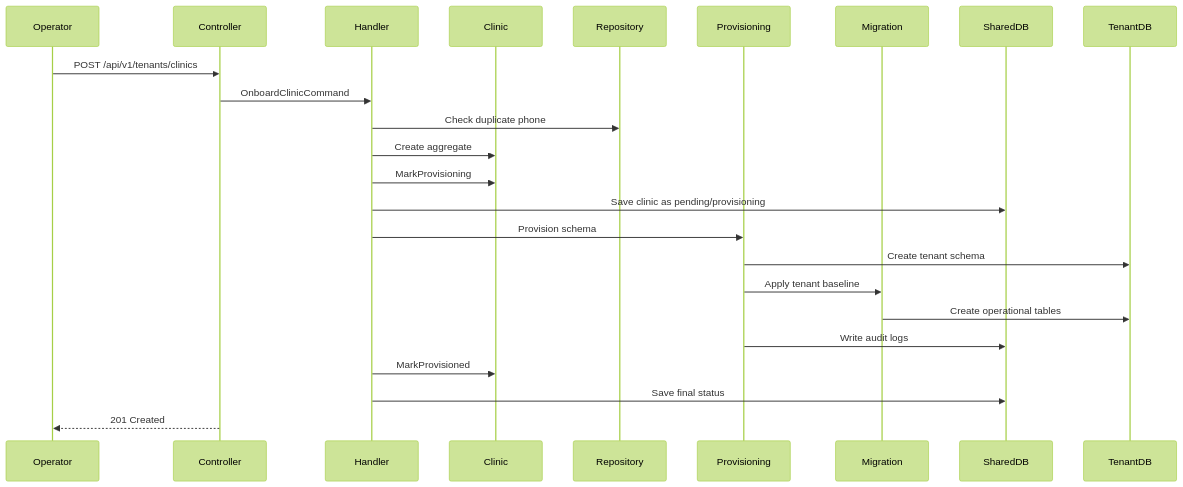
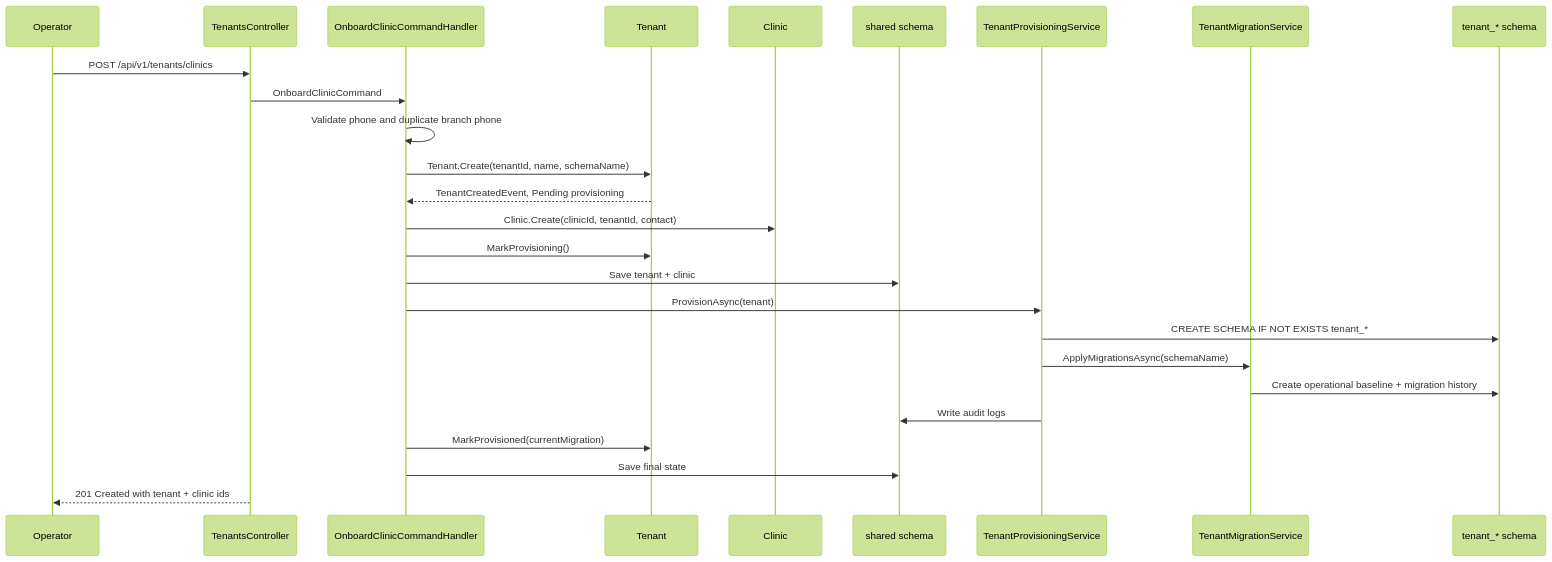
Before and after one commit to Bishoy-Mmb/CliniKey: the second of 2 diagrams in learning-journey/003-tenant-provisioning/architecture-walkthrough.md, drawn with Mermaid (forest theme). The commit also changed other lines of this file and 2 other files, not shown here.

First line of the commit message:
Refresh tenant provisioning learning journey

````diff
--- a/learning-journey/003-tenant-provisioning/architecture-walkthrough.md
+++ b/learning-journey/003-tenant-provisioning/architecture-walkthrough.md
@@ -130,27 +82,29 @@
 ```mermaid
 sequenceDiagram
     participant Operator
-    participant Controller
-    participant Handler
+    participant API as TenantsController
+    participant Handler as OnboardClinicCommandHandler
+    participant Tenant
     participant Clinic
-    participant Repository
-    participant Provisioning
-    participant Migration
-    participant SharedDB
-    participant TenantDB
+    participant Shared as shared schema
+    participant Provisioning as TenantProvisioningService
+    participant Migration as TenantMigrationService
+    participant TenantDb as tenant_* schema
 
-    Operator->>Controller: POST /api/v1/tenants/clinics
-    Controller->>Handler: OnboardClinicCommand
-    Handler->>Repository: Check duplicate phone
-    Handler->>Clinic: Create aggregate
-    Handler->>Clinic: MarkProvisioning
-    Handler->>SharedDB: Save clinic as pending/provisioning
-    Handler->>Provisioning: Provision schema
-    Provisioning->>TenantDB: Create tenant schema
-    Provisioning->>Migration: Apply tenant baseline
-    Migration->>TenantDB: Create operational tables
-    Provisioning->>SharedDB: Write audit logs
-    Handler->>Clinic: MarkProvisioned
-    Handler->>SharedDB: Save final status
-    Controller-->>Operator: 201 Created
+    Operator->>API: POST /api/v1/tenants/clinics
+    API->>Handler: OnboardClinicCommand
+    Handler->>Handler: Validate phone and duplicate branch phone
+    Handler->>Tenant: Tenant.Create(tenantId, name, schemaName)
+    Tenant-->>Handler: TenantCreatedEvent, Pending provisioning
+    Handler->>Clinic: Clinic.Create(clinicId, tenantId, contact)
+    Handler->>Tenant: MarkProvisioning()
+    Handler->>Shared: Save tenant + clinic
+    Handler->>Provisioning: ProvisionAsync(tenant)
+    Provisioning->>TenantDb: CREATE SCHEMA IF NOT EXISTS tenant_*
+    Provisioning->>Migration: ApplyMigrationsAsync(schemaName)
+    Migration->>TenantDb: Create operational baseline + migration history
+    Provisioning->>Shared: Write audit logs
+    Handler->>Tenant: MarkProvisioned(currentMigration)
+    Handler->>Shared: Save final state
+    API-->>Operator: 201 Created with tenant + clinic ids
 ```
````
